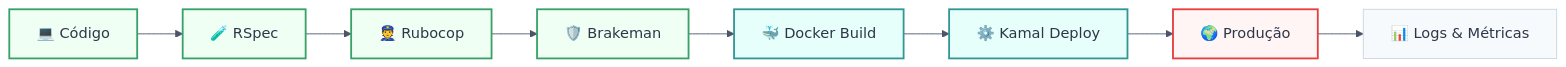
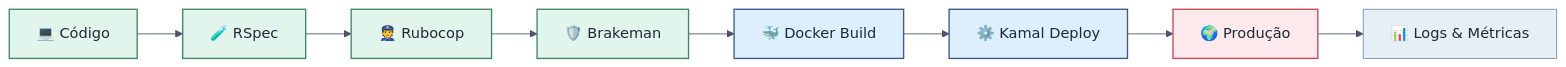
The third of 3 diagrams in contents/anubis.md (enogrob/project-qeevo-anubis), drawn with Mermaid before and after one commit. The commit also changed other lines of this file, not shown here.

````diff
--- a/contents/anubis.md
+++ b/contents/anubis.md
@@ -281,18 +296,25 @@
 ```mermaid
-%%{init: {'theme':'base','themeVariables': {'primaryColor':'#F7FAFC','primaryTextColor':'#2D3748','primaryBorderColor':'#CBD5E0','secondaryColor':'#E6FFFA','tertiaryColor':'#FFF5F5','lineColor':'#4A5568'}}}%%
+%%{init: {'theme':'base','themeVariables': {
+  'primaryColor':'#E5EFF5',
+  'primaryTextColor':'#1F2933',
+  'primaryBorderColor':'#7C93A6',
+  'secondaryColor':'#DDEFFC',
+  'tertiaryColor':'#E2F5ED',
+  'lineColor':'#4A5568'
+}}}%%
 flowchart LR
   Dev["💻 Código"] --> Test["🧪 RSpec"]
   Test --> Lint["👮 Rubocop"]
   Lint --> Sec["🛡️ Brakeman"]
   Sec --> Build["🐳 Docker Build"]
   Build --> Deploy["⚙️ Kamal Deploy"]
   Deploy --> Prod["🌍 Produção"]
   Prod --> Obs["📊 Logs & Métricas"]
 
-  classDef step fill:#F0FFF4,stroke:#38A169,stroke-width:2px;
-  classDef risk fill:#FFF5F5,stroke:#E53E3E,stroke-width:2px;
-  classDef infra fill:#E6FFFA,stroke:#319795,stroke-width:2px;
+  classDef step fill:#E2F5ED,stroke:#3F8A63,stroke-width:1.5px,color:#1F2933;
+  classDef risk fill:#FBE9EC,stroke:#C74B5A,stroke-width:1.5px,color:#1F2933;
+  classDef infra fill:#DDEFFC,stroke:#3A5F85,stroke-width:1.5px,color:#1F2933;
   class Dev,Test,Lint,Sec step;
   class Build,Deploy infra;
   class Prod risk;
 ```
````
